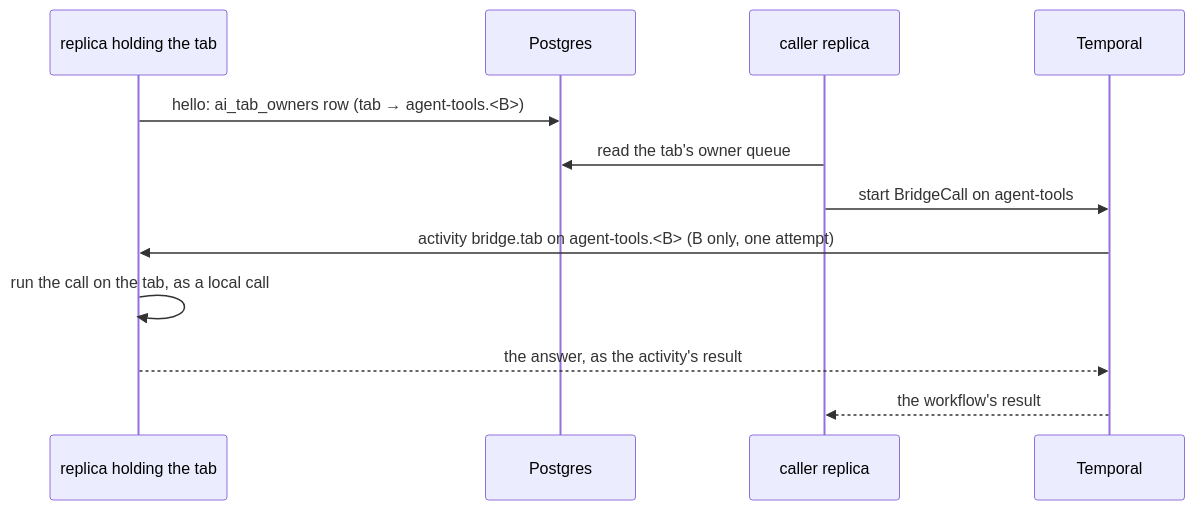
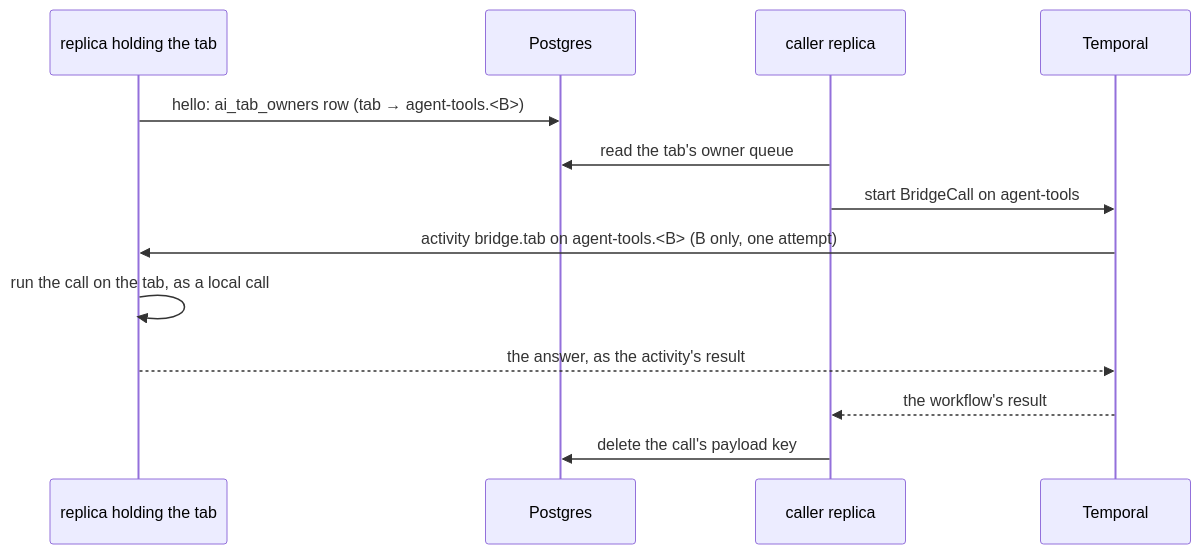
Before and after one commit to eh-homelab/ScadBuddy: the diagram in docs/ai/browser-bridge.md, drawn with Mermaid. The commit also changed other lines of this file and 12 other files, not shown here.

````diff
--- a/docs/ai/browser-bridge.md
+++ b/docs/ai/browser-bridge.md
@@ -331,14 +331,15 @@
 ```mermaid
 sequenceDiagram
   participant B as replica holding the tab
   participant PG as Postgres
   participant A as caller replica
   participant T as Temporal
   B->>PG: hello: ai_tab_owners row (tab → agent-tools.<B>)
   A->>PG: read the tab's owner queue
   A->>T: start BridgeCall on agent-tools
   T->>B: activity bridge.tab on agent-tools.<B> (B only, one attempt)
   B->>B: run the call on the tab, as a local call
   B-->>T: the answer, as the activity's result
   T-->>A: the workflow's result
+  A->>PG: delete the call's payload key
 ```
````
